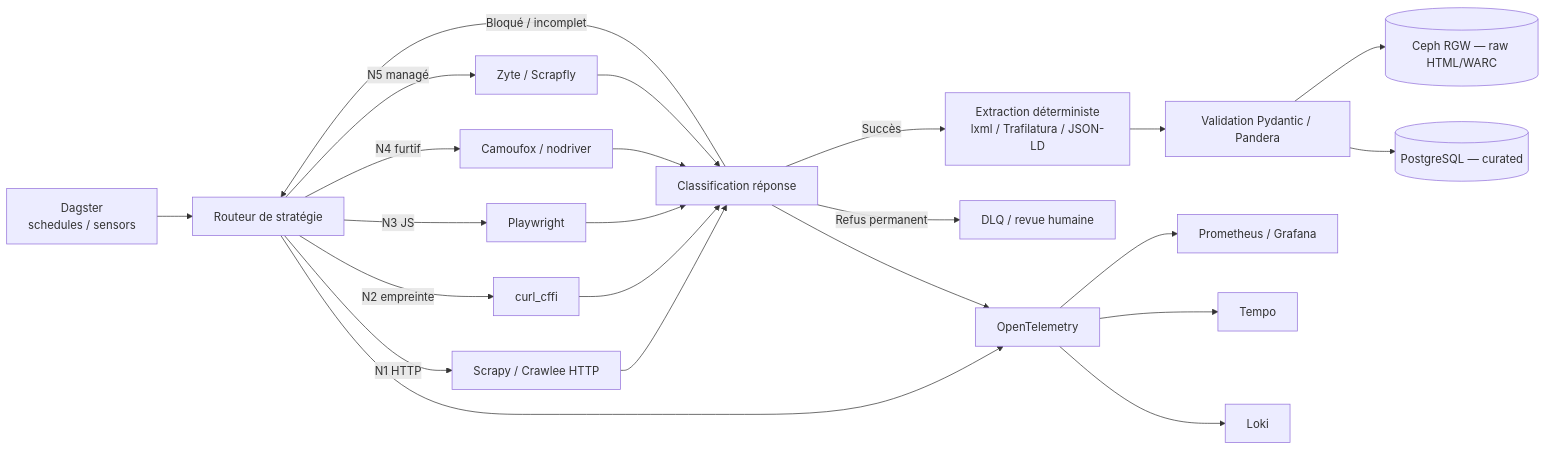
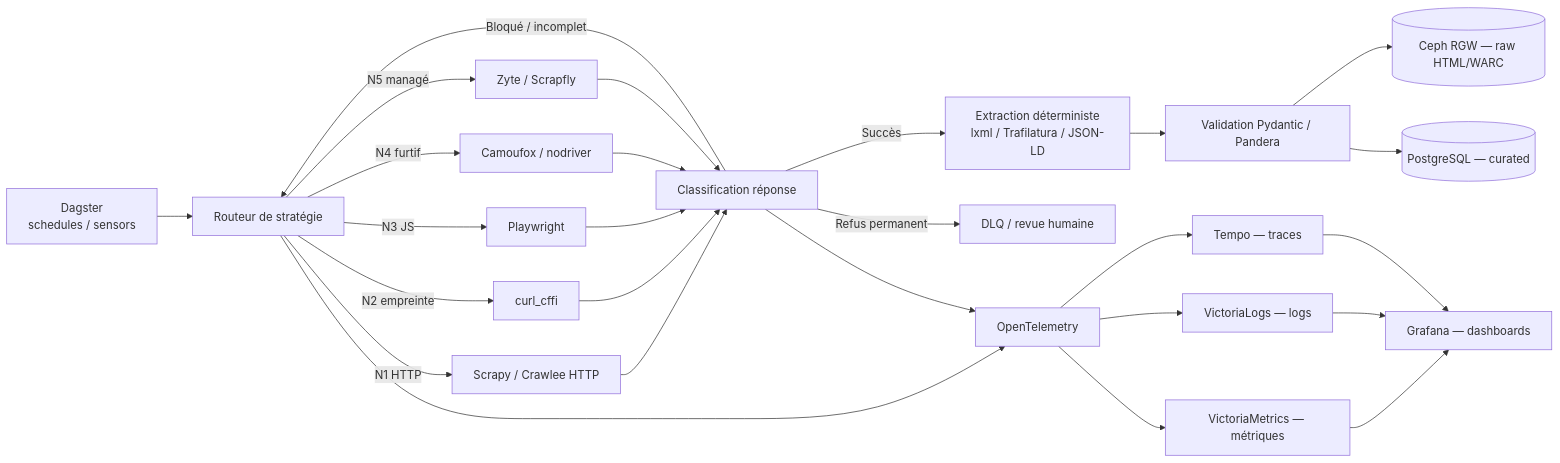
Before and after one commit to adrien-vo-semifir/na-web-scraping: the diagram in docs/strategie-anti-bot.md, drawn with Mermaid. The commit also changed other lines of this file and 14 other files, not shown here.

````diff
--- a/docs/strategie-anti-bot.md
+++ b/docs/strategie-anti-bot.md
@@ -101,25 +110,28 @@
 ```mermaid
 flowchart LR
     SCH[Dagster<br/>schedules / sensors] --> ROUTER[Routeur de stratégie]
     ROUTER -->|N1 HTTP| HTTP[Scrapy / Crawlee HTTP]
     ROUTER -->|N2 empreinte| CFFI[curl_cffi]
     ROUTER -->|N3 JS| PW[Playwright]
     ROUTER -->|N4 furtif| SPEC[Camoufox / nodriver]
     ROUTER -->|N5 managé| API[Zyte / Scrapfly]
     HTTP --> CLASS[Classification réponse]
     CFFI --> CLASS
     PW --> CLASS
     SPEC --> CLASS
     API --> CLASS
     CLASS -->|Succès| EXTRACT[Extraction déterministe<br/>lxml / Trafilatura / JSON-LD]
     CLASS -->|Bloqué / incomplet| ROUTER
     CLASS -->|Refus permanent| DLQ[DLQ / revue humaine]
     EXTRACT --> VALID[Validation Pydantic / Pandera]
     VALID --> RAW[(Ceph RGW — raw HTML/WARC)]
     VALID --> PG[(PostgreSQL — curated)]
     ROUTER --> OBS[OpenTelemetry]
     CLASS --> OBS
-    OBS --> PROM[Prometheus / Grafana]
-    OBS --> TEMPO[Tempo]
-    OBS --> LOKI[Loki]
+    OBS --> VM[VictoriaMetrics — métriques]
+    OBS --> VL[VictoriaLogs — logs]
+    OBS --> TEMPO[Tempo — traces]
+    VM --> GRAF[Grafana — dashboards]
+    VL --> GRAF
+    TEMPO --> GRAF
 ```
````
